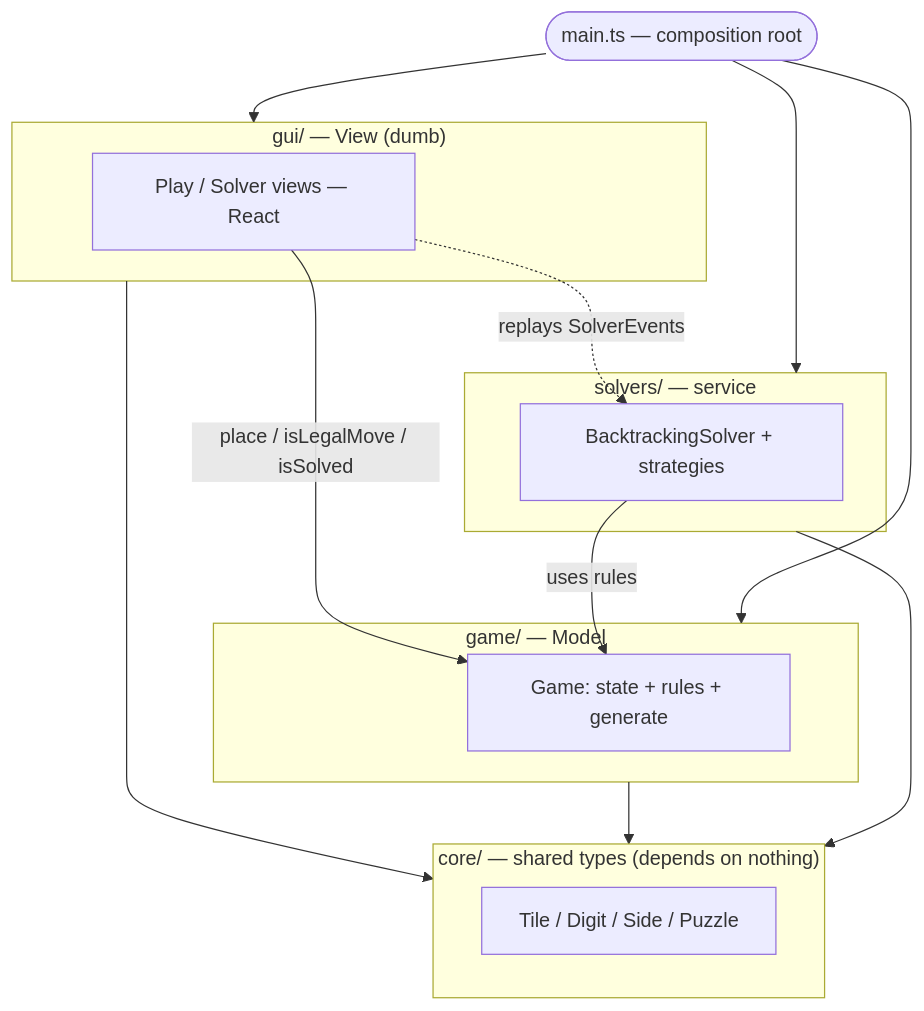
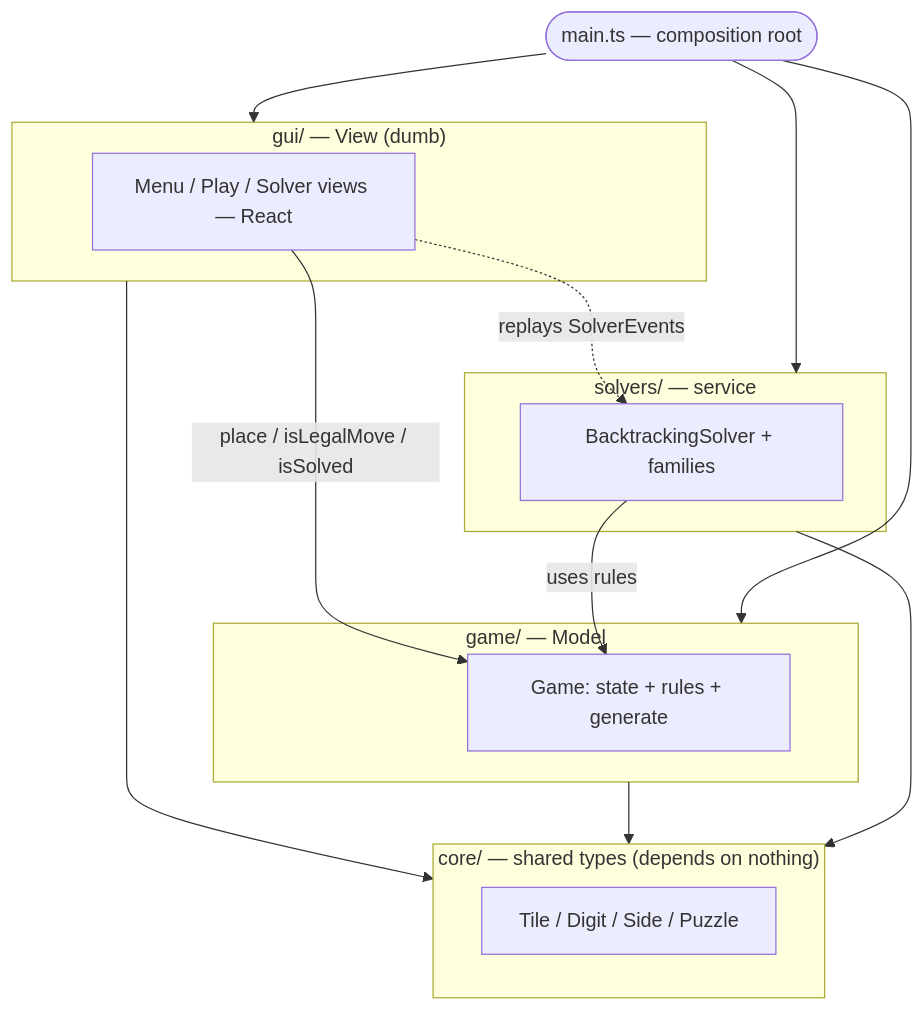
Before and after one commit to LucianChirca/Tetra-Vex-Solver: the diagram in README.md, drawn with Mermaid. The commit also changed other lines of this file and 4 other files, not shown here.

Commit message:
docs: refresh README — real screenshots, solver families, goals and roadmap

````diff
--- a/README.md
+++ b/README.md
@@ -75,28 +91,28 @@
 ```mermaid
 flowchart TD
     main([main.ts — composition root])
 
     subgraph GUI["gui/ — View (dumb)"]
-        views[Play / Solver views — React]
+        views[Menu / Play / Solver views — React]
     end
     subgraph GAME["game/ — Model"]
         model[Game: state + rules + generate]
     end
     subgraph SOLVERS["solvers/ — service"]
-        solver[BacktrackingSolver + strategies]
+        solver[BacktrackingSolver + families]
     end
     subgraph CORE["core/ — shared types (depends on nothing)"]
         types[Tile / Digit / Side / Puzzle]
     end
 
     main --> GUI
     main --> GAME
     main --> SOLVERS
 
     views -->|"place / isLegalMove / isSolved"| model
     views -.->|"replays SolverEvents"| solver
     solver -->|uses rules| model
     GUI --> CORE
     GAME --> CORE
     SOLVERS --> CORE
 ```
````
